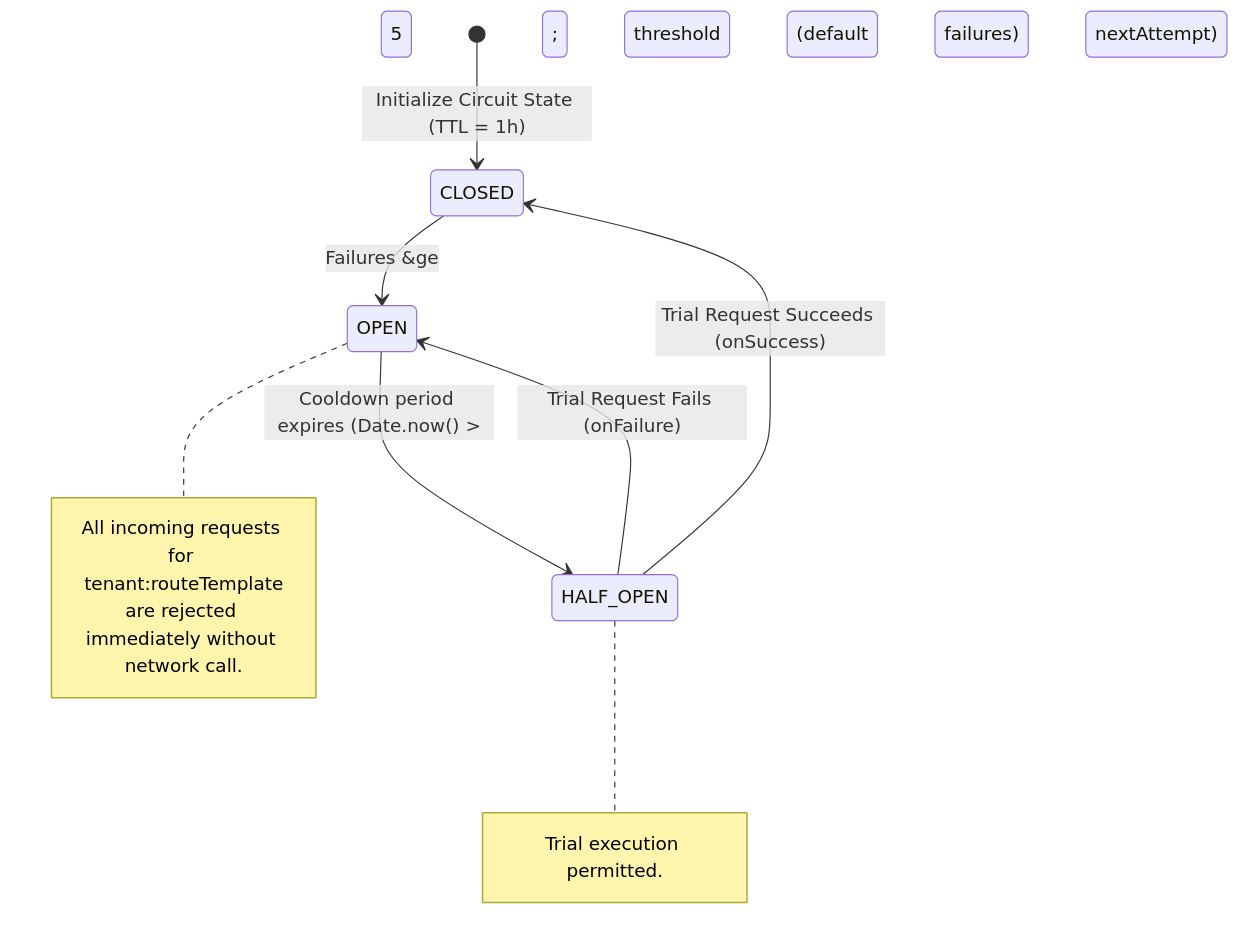
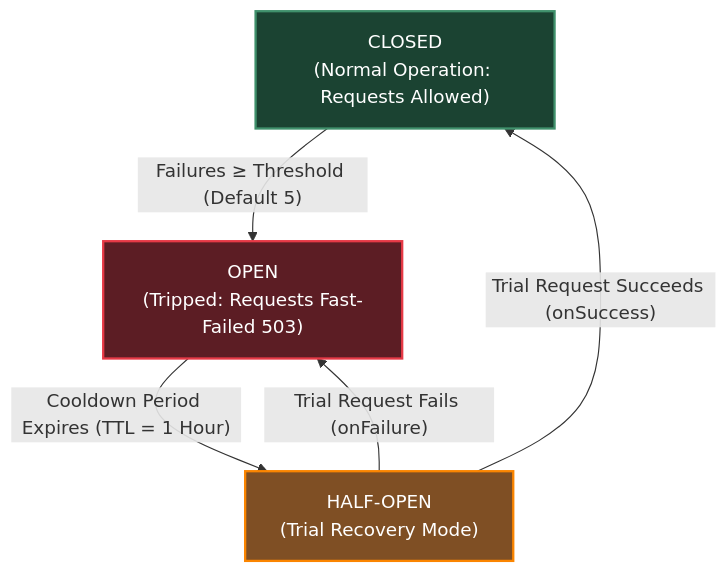
Before and after one commit to Chief-Strategist-J/llm-observability-platform: the third of 5 diagrams in packages/node/shared-infra/docs/adr/0001-scalable-resilient-telemetry-http-pipeline.md, drawn with Mermaid. The commit also changed other lines of this file, not shown here.

Commit message:
docs: overhaul ADR 0001 with robust diagrams, full definitions, and formatted formulas

````diff
--- a/packages/node/shared-infra/docs/adr/0001-scalable-resilient-telemetry-http-pipeline.md
+++ b/packages/node/shared-infra/docs/adr/0001-scalable-resilient-telemetry-http-pipeline.md
@@ -218,18 +299,15 @@
 ```mermaid
-stateDiagram-v2
-  [*] --> CLOSED : Initialize Circuit State (TTL = 1h)
+graph TD
+  classDef closed fill:#1b4332,stroke:#40916c,stroke-width:2px,color:#fff
+  classDef open fill:#5c1d24,stroke:#e63946,stroke-width:2px,color:#fff
+  classDef halfOpen fill:#7f4f24,stroke:#fb8500,stroke-width:2px,color:#fff
 
-  CLOSED --> OPEN : Failures &ge; threshold (default 5 failures)
-  note right of OPEN
-    All incoming requests for tenant:routeTemplate
-    are rejected immediately without network call.
-  end note
+  CLOSED["CLOSED<br/>(Normal Operation: Requests Allowed)"]:::closed
+  OPEN["OPEN<br/>(Tripped: Requests Fast-Failed 503)"]:::open
+  HALF_OPEN["HALF-OPEN<br/>(Trial Recovery Mode)"]:::halfOpen
 
-  OPEN --> HALF_OPEN : Cooldown period expires (Date.now() &gt; nextAttempt)
-  note right of HALF_OPEN
-    Trial execution permitted.
-  end note
-
-  HALF_OPEN --> CLOSED : Trial Request Succeeds (onSuccess)
-  HALF_OPEN --> OPEN : Trial Request Fails (onFailure)
+  CLOSED -->|"Failures &ge; Threshold (Default 5)"| OPEN
+  OPEN -->|"Cooldown Period Expires (TTL = 1 Hour)"| HALF_OPEN
+  HALF_OPEN -->|"Trial Request Succeeds (onSuccess)"| CLOSED
+  HALF_OPEN -->|"Trial Request Fails (onFailure)"| OPEN
 ```
````
